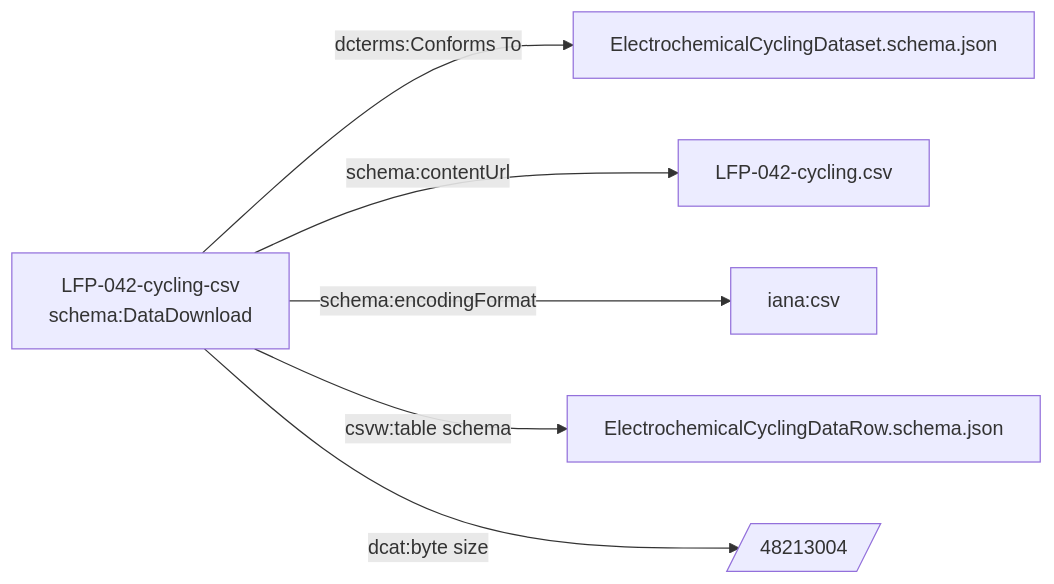
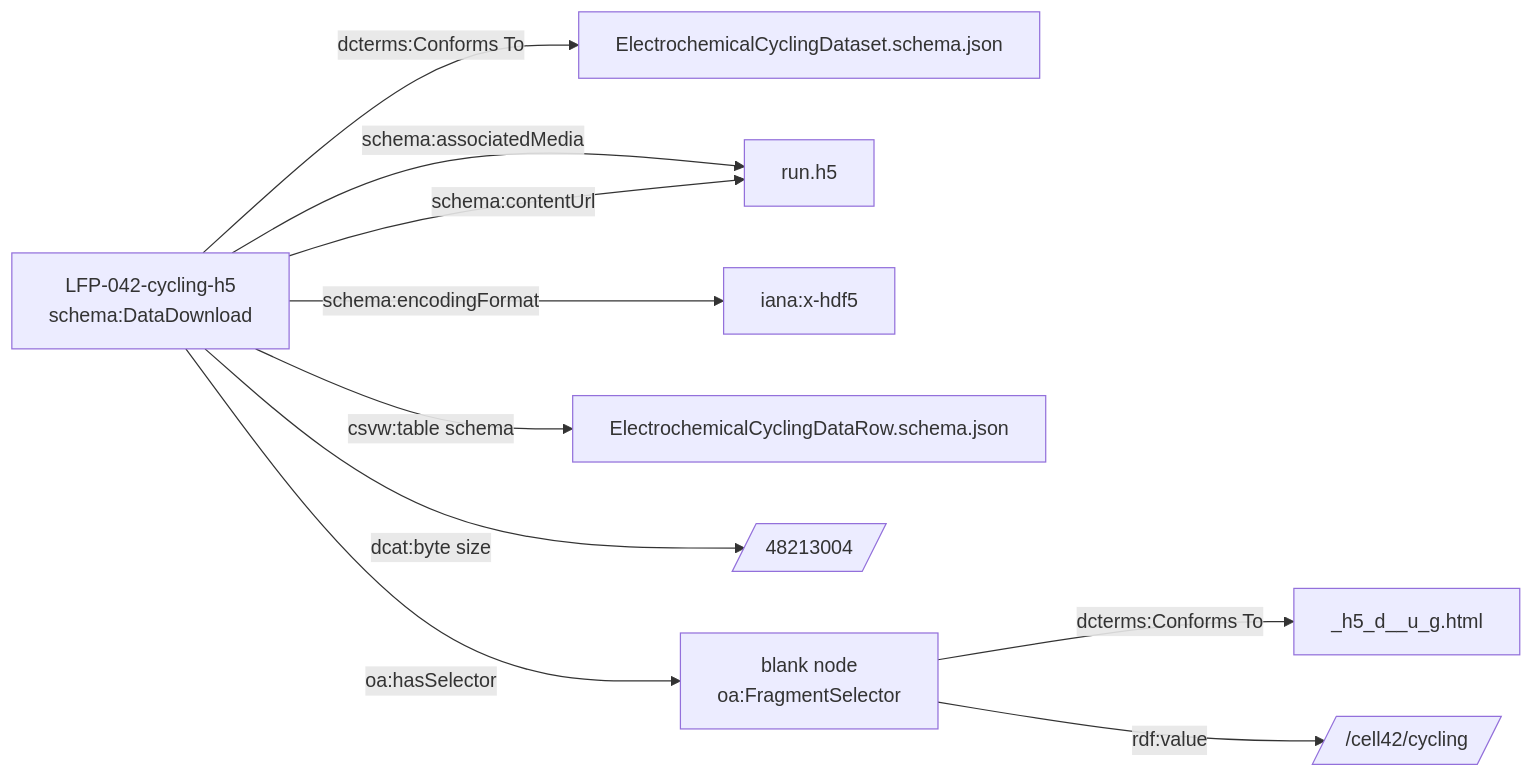
One commit to OO-LD/oold-reference-schemas changed the diagram in generated/datasets/Distribution.schemaorg.mmd. Above: the diagram before and after it, drawn with Mermaid. The commit also changed 14 other files, not shown here.

```diff
--- a/generated/datasets/Distribution.schemaorg.mmd
+++ b/generated/datasets/Distribution.schemaorg.mmd
@@ -1,12 +1,19 @@
 flowchart LR
-  n0["LFP-042-cycling-csv<br>schema:DataDownload"]
+  n0["LFP-042-cycling-h5<br>schema:DataDownload"]
   n1["ElectrochemicalCyclingDataset.schema.json"]
-  n2["LFP-042-cycling.csv"]
-  n3["iana:csv"]
+  n2["run.h5"]
+  n3["iana:x-hdf5"]
   n4["ElectrochemicalCyclingDataRow.schema.json"]
   n5[/"48213004"/]
+  n6["blank node<br>oa:FragmentSelector"]
+  n7["_h5_d__u_g.html"]
+  n8[/"/cell42/cycling"/]
   n0 -->|dcterms:Conforms To| n1
+  n0 -->|schema:associatedMedia| n2
   n0 -->|schema:contentUrl| n2
   n0 -->|schema:encodingFormat| n3
   n0 -->|csvw:table schema| n4
   n0 -->|dcat:byte size| n5
+  n0 -->|oa:hasSelector| n6
+  n6 -->|dcterms:Conforms To| n7
+  n6 -->|rdf:value| n8
```
